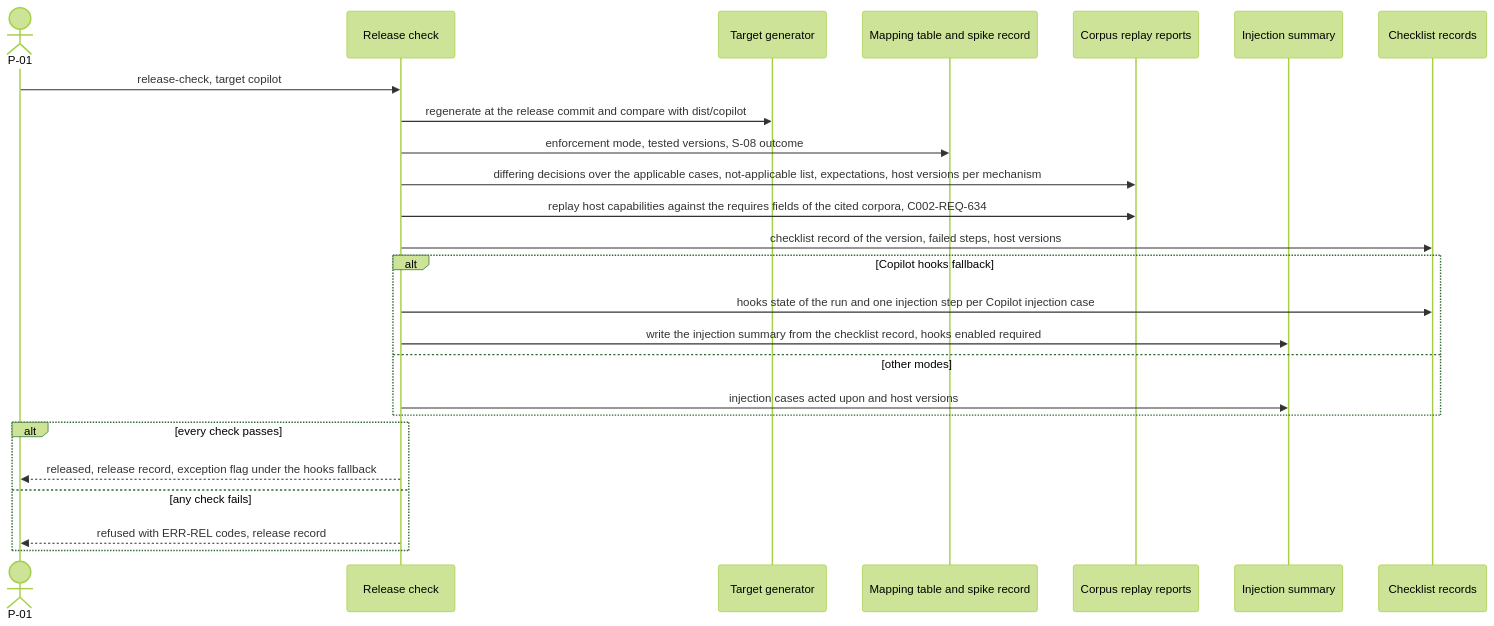
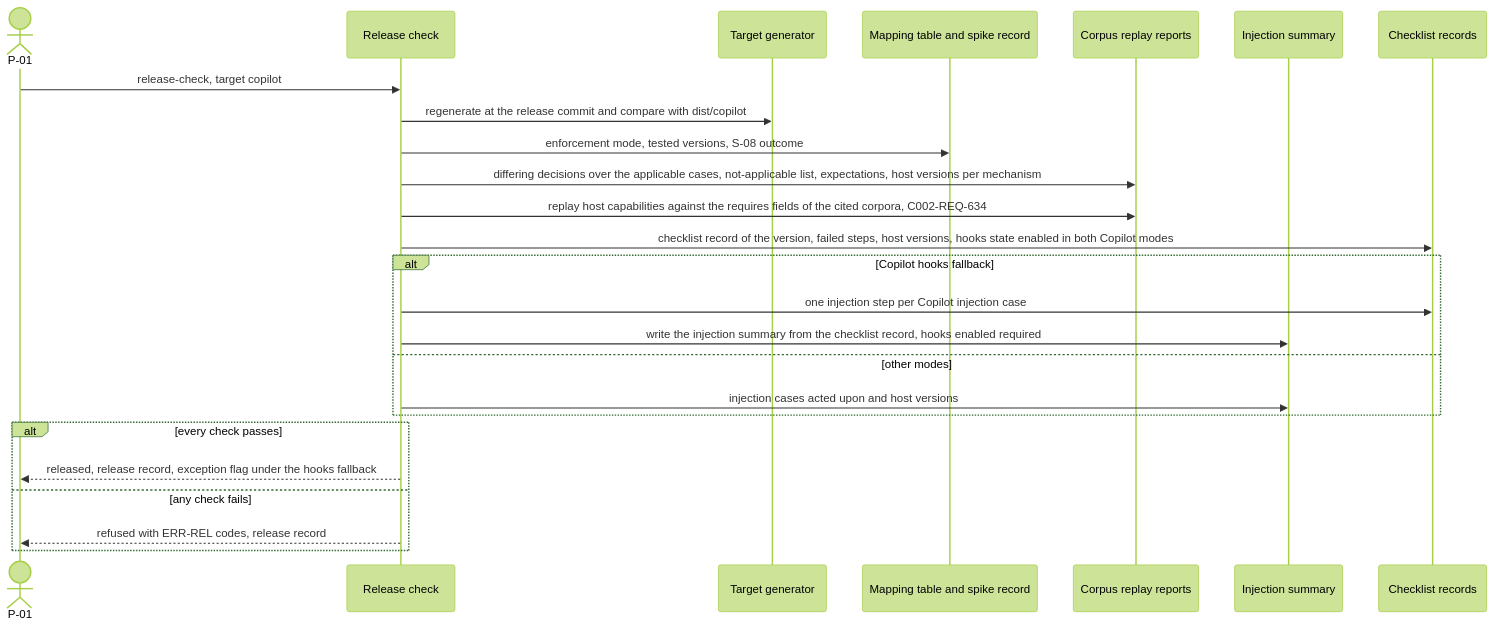
Before and after one commit to jlacube/spec-architect: the tenth of 15 diagrams in .sdd/002-multi-platform-targets/10-spec/60-architecture/architecture.md, drawn with Mermaid (forest theme). The commit also changed other lines of this file and 10 other files, not shown here.

````diff
--- a/.sdd/002-multi-platform-targets/10-spec/60-architecture/architecture.md
+++ b/.sdd/002-multi-platform-targets/10-spec/60-architecture/architecture.md
@@ -720,28 +752,28 @@
 ```mermaid
 sequenceDiagram
   %% F9 release check. Realizes C002-TS-620 C002-TS-621 C002-TS-622 C002-TS-623 C002-TS-624 C002-TS-625 C002-TS-633
   actor P01 as P-01
   participant C002_COMP_010 as Release check
   participant C002_COMP_001 as Target generator
   participant C002_COMP_002 as Mapping table and spike record
   participant C002_COMP_008 as Corpus replay reports
   participant C002_COMP_009 as Injection summary
   participant C002_COMP_011 as Checklist records
   P01->>C002_COMP_010: release-check, target copilot
   C002_COMP_010->>C002_COMP_001: regenerate at the release commit and compare with dist/copilot
   C002_COMP_010->>C002_COMP_002: enforcement mode, tested versions, S-08 outcome
   C002_COMP_010->>C002_COMP_008: differing decisions over the applicable cases, not-applicable list, expectations, host versions per mechanism
   C002_COMP_010->>C002_COMP_008: replay host capabilities against the requires fields of the cited corpora, C002-REQ-634
-  C002_COMP_010->>C002_COMP_011: checklist record of the version, failed steps, host versions
+  C002_COMP_010->>C002_COMP_011: checklist record of the version, failed steps, host versions, hooks state enabled in both Copilot modes
   alt Copilot hooks fallback
-    C002_COMP_010->>C002_COMP_011: hooks state of the run and one injection step per Copilot injection case
+    C002_COMP_010->>C002_COMP_011: one injection step per Copilot injection case
     C002_COMP_010->>C002_COMP_009: write the injection summary from the checklist record, hooks enabled required
   else other modes
     C002_COMP_010->>C002_COMP_009: injection cases acted upon and host versions
   end
   alt every check passes
     C002_COMP_010-->>P01: released, release record, exception flag under the hooks fallback
   else any check fails
     C002_COMP_010-->>P01: refused with ERR-REL codes, release record
   end
 ```
````
